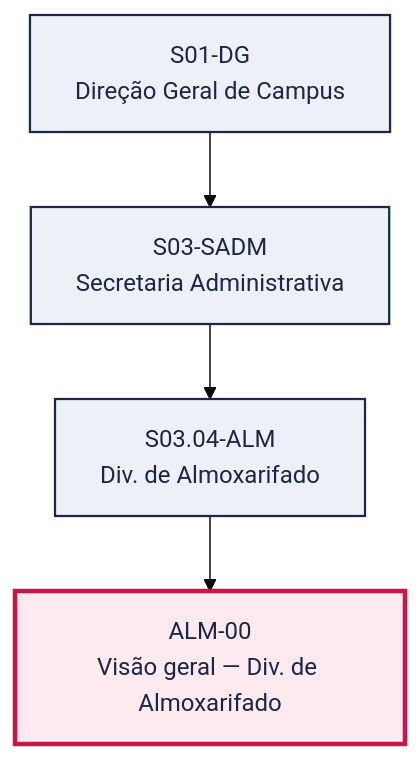
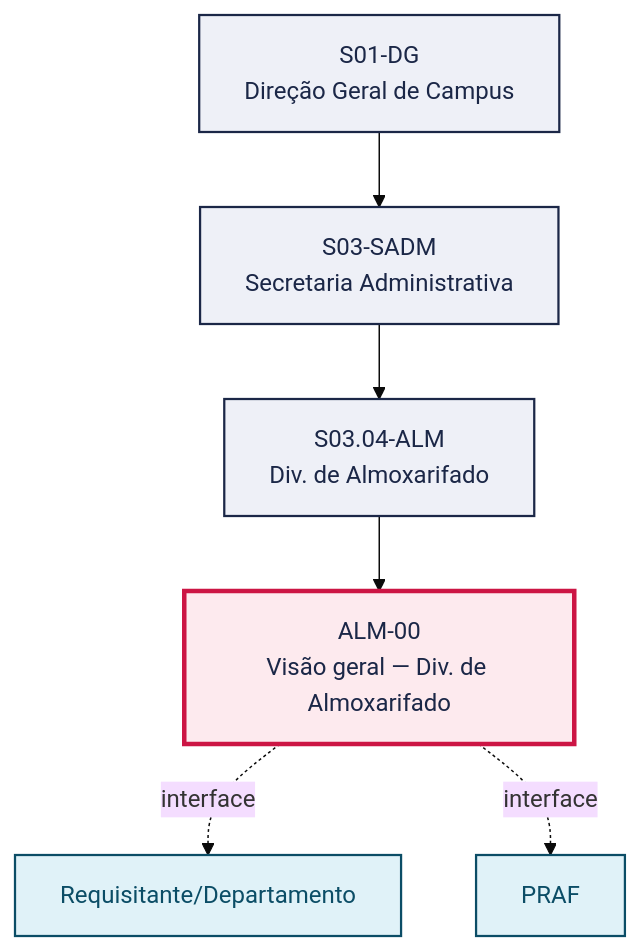
One commit to jessefers/canvas-vivo-atdg changed the first of 2 diagrams in pops/ALM/ALM-00.md. Above: the diagram before and after it, drawn with Mermaid (base theme). The commit also changed other lines of this file and 3 other files, not shown here.

````diff
--- a/pops/ALM/ALM-00.md
+++ b/pops/ALM/ALM-00.md
@@ -49,15 +53,20 @@
 ```mermaid
 graph TD
   S01_DG["S01-DG<br/>Direção Geral de Campus"]
   S03_SADM["S03-SADM<br/>Secretaria Administrativa"]
   S01_DG --> S03_SADM
   S03_04_ALM["S03.04-ALM<br/>Div. de Almoxarifado"]
   S03_SADM --> S03_04_ALM
   P["ALM-00<br/>Visão geral — Div. de Almoxarifado"]
   S03_04_ALM --> P
+  V1["Requisitante/Departamento"]
+  P -. interface .-> V1
+  V2["PRAF"]
+  P -. interface .-> V2
   classDef setor fill:#EEF0F7,stroke:#1B2747,stroke-width:1.5px,color:#1B2747
   classDef destaque fill:#FDEAEE,stroke:#CC1544,stroke-width:3px,color:#1B2747
   classDef vizinho fill:#E0F2F8,stroke:#0B4D66,stroke-width:1.5px,color:#0B4D66
   class S01_DG,S03_SADM,S03_04_ALM setor
   class P destaque
+  class V1,V2 vizinho
 ```
````
